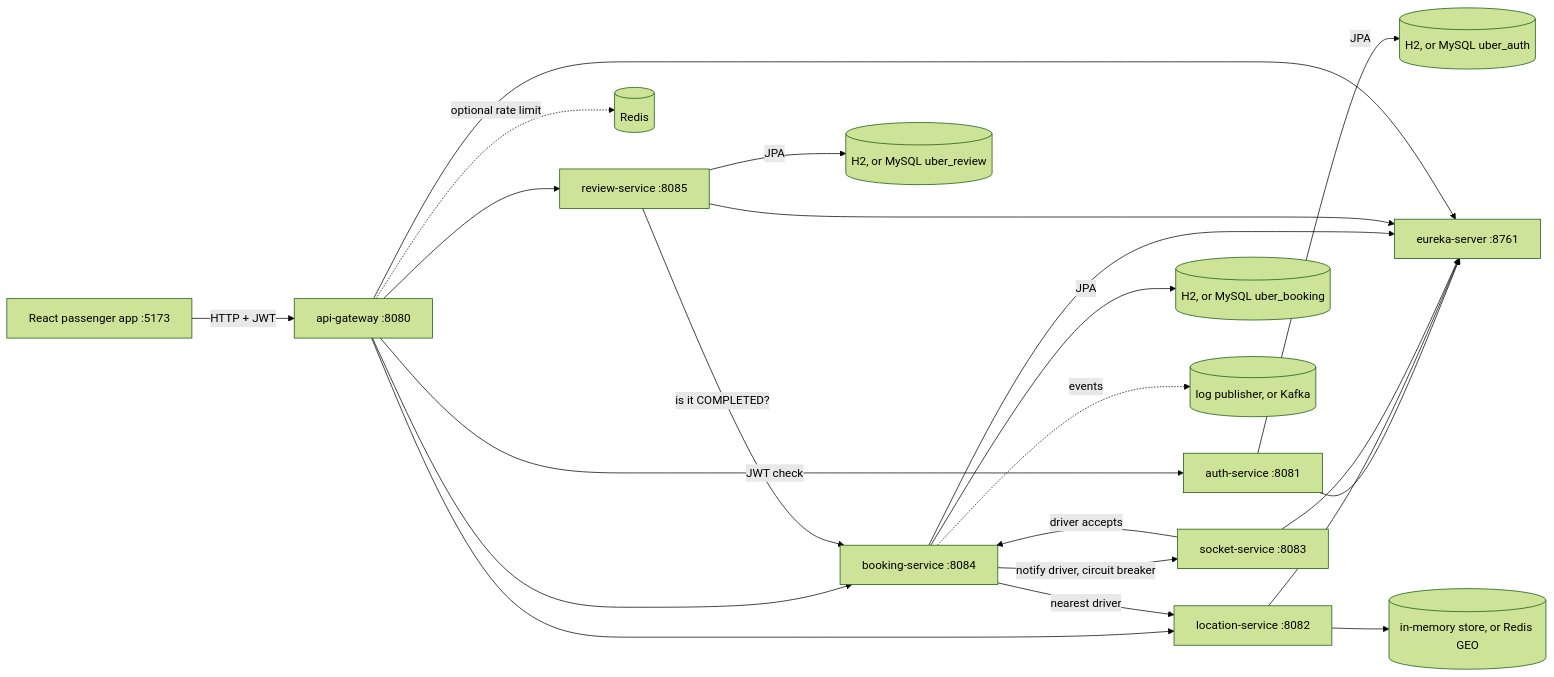
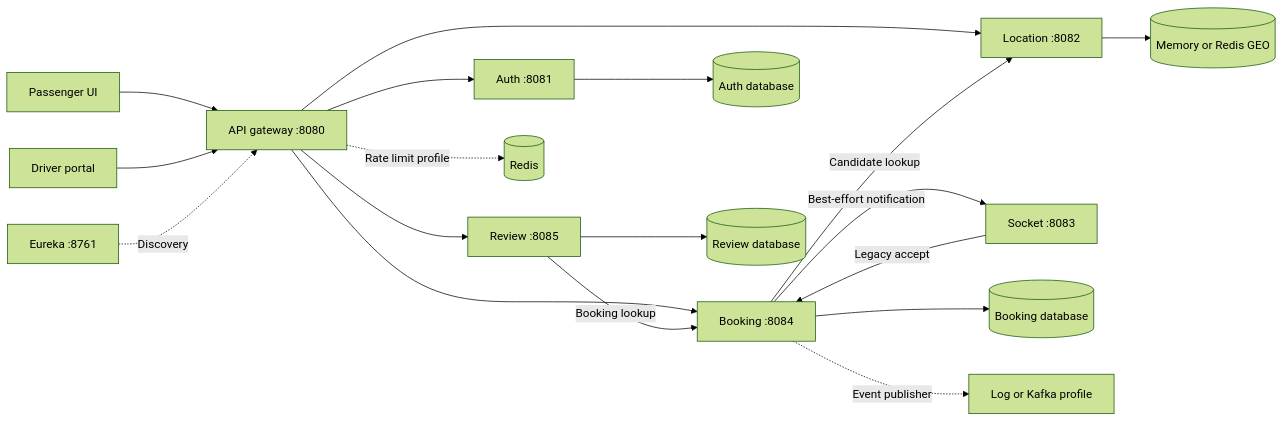
The first of 4 diagrams in docs/HLD.md (piyush932/uber-ride-platform), drawn with Mermaid (forest theme) before and after one commit. The commit also changed other lines of this file, not shown here.

Commit message:
docs: update HLD for Phase 9 driver dispatch and trip lifecycle

````diff
--- a/docs/HLD.md
+++ b/docs/HLD.md
@@ -11,24 +11,20 @@
 ```mermaid
 flowchart LR
-    UI[React passenger app :5173] -->|HTTP + JWT| GW[api-gateway :8080]
-    GW -->|JWT check| A[auth-service :8081]
-    GW --> B[booking-service :8084]
-    GW --> L[location-service :8082]
-    GW --> R[review-service :8085]
-    B -->|nearest driver| L
-    B -->|notify driver, circuit breaker| S[socket-service :8083]
-    S -->|driver accepts| B
-    R -->|is it COMPLETED?| B
-    A --> E[eureka-server :8761]
-    L --> E
-    S --> E
-    B --> E
-    R --> E
-    GW --> E
-    A -->|JPA| M[(H2, or MySQL uber_auth)]
-    B -->|JPA| M2[(H2, or MySQL uber_booking)]
-    R -->|JPA| M3[(H2, or MySQL uber_review)]
-    L --> ST[(in-memory store, or Redis GEO)]
-    GW -. optional rate limit .-> RD[(Redis)]
-    B -. events .-> EV[(log publisher, or Kafka)]
+    P[Passenger UI] --> GW[API gateway :8080]
+    D[Driver portal] --> GW
+    GW --> A[Auth :8081]
+    GW --> L[Location :8082]
+    GW --> B[Booking :8084]
+    GW --> R[Review :8085]
+    B -->|Candidate lookup| L
+    B -->|Best-effort notification| S[Socket :8083]
+    S -->|Legacy accept| B
+    R -->|Booking lookup| B
+    A --> AD[(Auth database)]
+    B --> BD[(Booking database)]
+    R --> RD[(Review database)]
+    L --> LS[(Memory or Redis GEO)]
+    GW -. Rate limit profile .-> Redis[(Redis)]
+    B -. Event publisher .-> Events[Log or Kafka profile]
+    E[Eureka :8761] -. Discovery .-> GW
 ```
````
